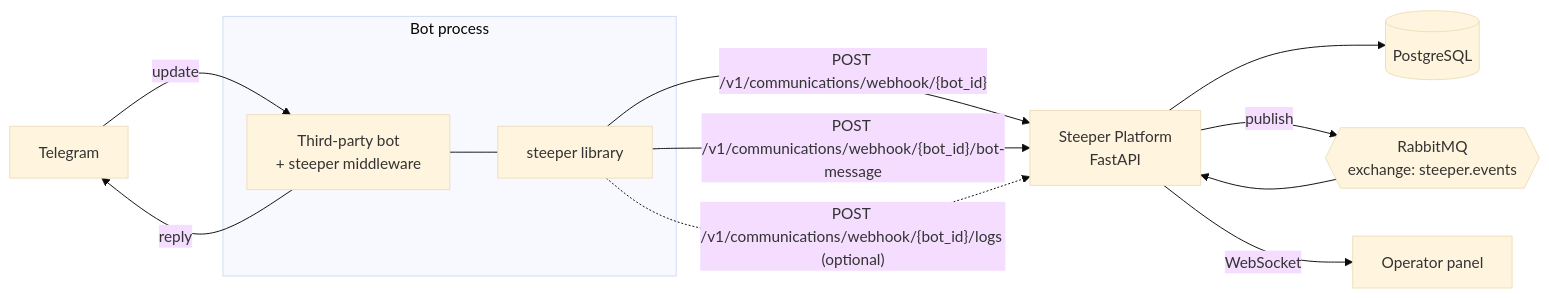
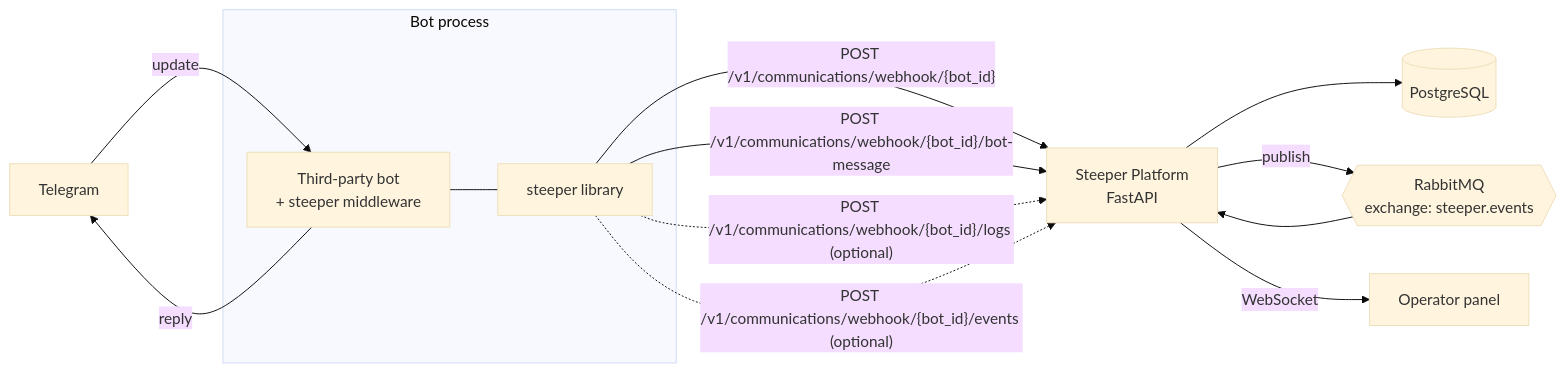
Before and after one commit to KarimovMurodilla/steeper: the first of 3 diagrams in README.md, drawn with Mermaid (base theme). The commit also changed other lines of this file and 13 other files, not shown here.

````diff
--- a/README.md
+++ b/README.md
@@ -333,18 +473,19 @@
 ```mermaid
 flowchart LR
     TG[Telegram] -->|update| BOT[Third-party bot\n+ steeper middleware]
     BOT -->|reply| TG
 
     subgraph CLIENT[Bot process]
         BOT --- LIB[steeper library]
     end
 
     LIB -->|"POST /v1/communications/webhook/{bot_id}"| API[Steeper Platform\nFastAPI]
     LIB -->|"POST /v1/communications/webhook/{bot_id}/bot-message"| API
     LIB -.->|"POST /v1/communications/webhook/{bot_id}/logs (optional)"| API
+    LIB -.->|"POST /v1/communications/webhook/{bot_id}/events (optional)"| API
 
     API --> DB[(PostgreSQL)]
     API -->|publish| MQ{{RabbitMQ\nexchange: steeper.events}}
     MQ --> API
     API -->|WebSocket| UI[Operator panel]
 ```
````
